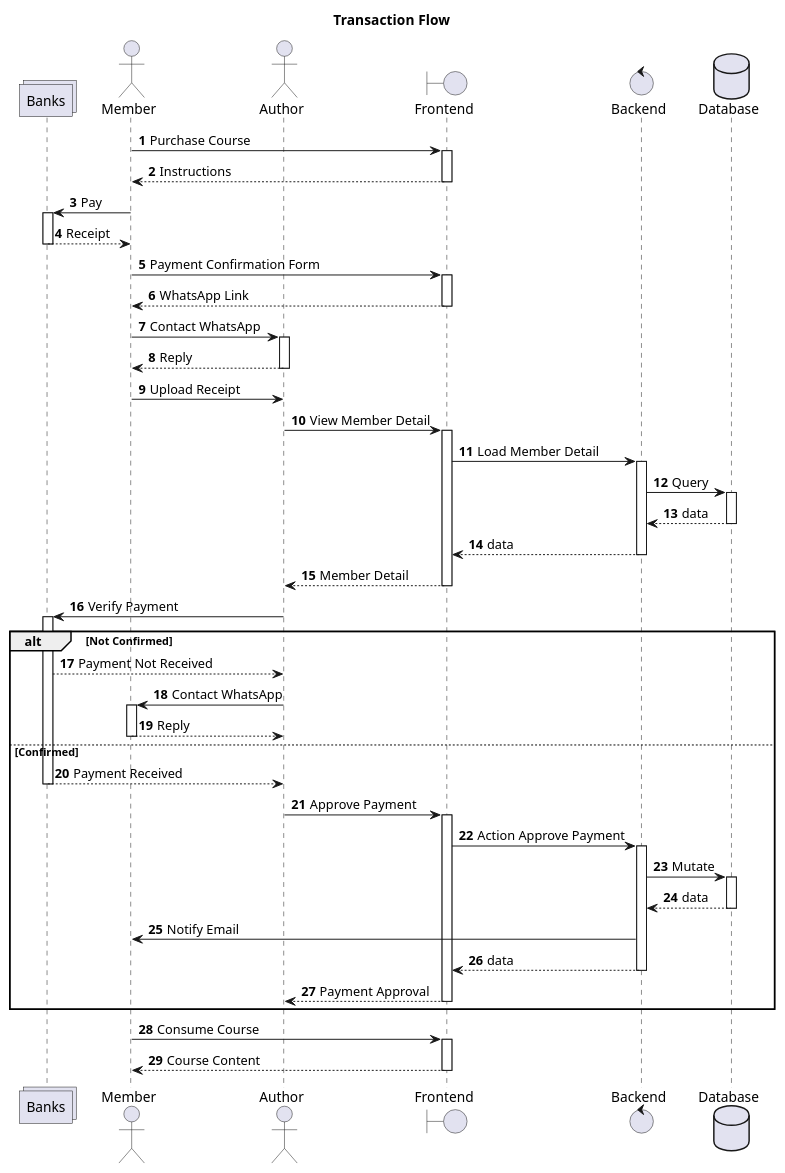
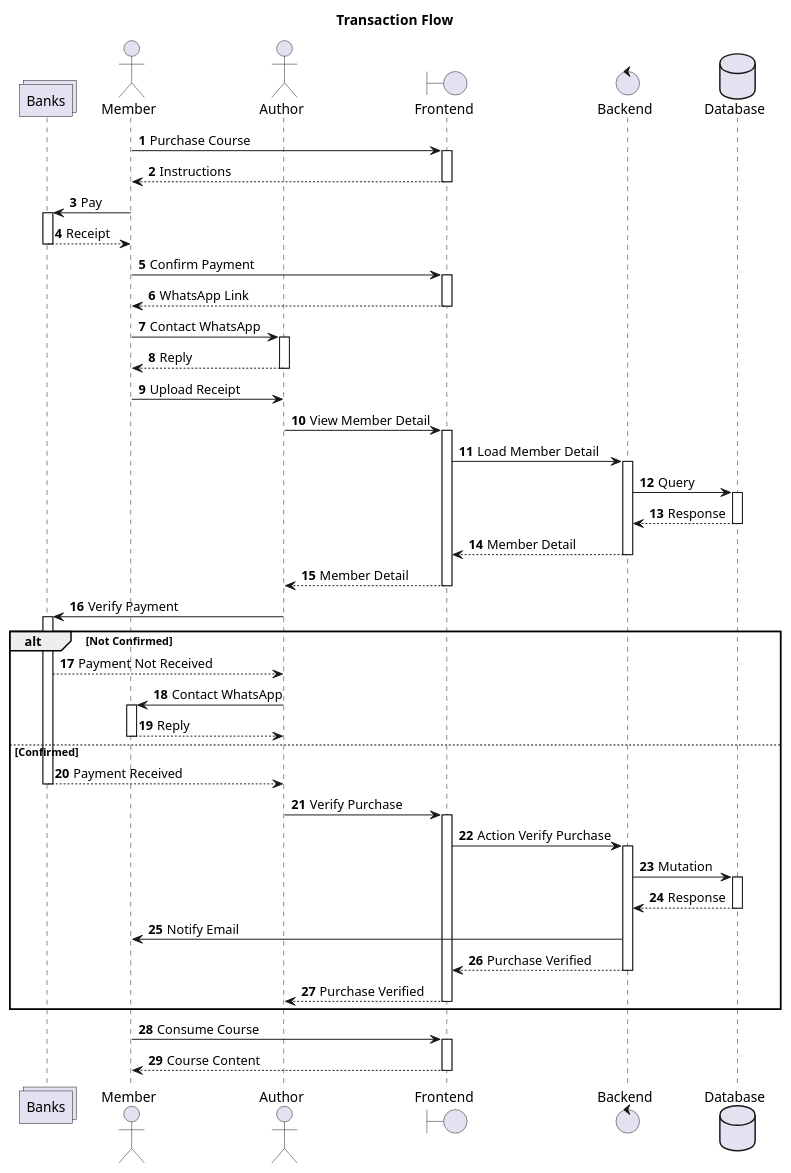
Before and after one commit to zainfathoni/kelas.rumahberbagi.com: the diagram in docs/diagrams/transaction-flow.puml, drawn with PlantUML.

Commit message:
docs: update Transaction Flow diagram with new copies

```diff
--- a/docs/diagrams/transaction-flow.puml
+++ b/docs/diagrams/transaction-flow.puml
@@ -1,60 +1,60 @@
 @startuml "Transaction Flow"
 title "Transaction Flow"
 
 collections Banks
 actor Member
 actor Author
 boundary Frontend as FE
 control Backend as BE
 database Database as DB
 
 autonumber
 autoactivate on
 
 Member -> FE: Purchase Course
 return Instructions
 Member -> Banks: Pay
 return Receipt
-Member -> FE: Payment Confirmation Form
+Member -> FE: Confirm Payment
 return WhatsApp Link
 Member -> Author: Contact WhatsApp
 return Reply
 
 autoactivate off
 Member -> Author: Upload Receipt
 autoactivate on
 
 Author -> FE: View Member Detail
 FE -> BE: Load Member Detail
 BE -> DB: Query
-return data
-return data
+return Response
+return Member Detail
 return Member Detail
 
 Author -> Banks: Verify Payment
 
 autoactivate off
 
 alt Not Confirmed
   Banks --> Author: Payment Not Received
   autoactivate on
   Author -> Member: Contact WhatsApp
   return Reply
 else Confirmed
   return Payment Received
-  Author -> FE: Approve Payment
-  FE -> BE: Action Approve Payment
-  BE -> DB: Mutate
-  return data
+  Author -> FE: Verify Purchase
+  FE -> BE: Action Verify Purchase
+  BE -> DB: Mutation
+  return Response
 
   autoactivate off
   BE -> Member: Notify Email
   autoactivate on
 
-  return data
-  return Payment Approval
+  return Purchase Verified
+  return Purchase Verified
 end
 
 Member -> FE: Consume Course
 return Course Content
 @enduml
```
